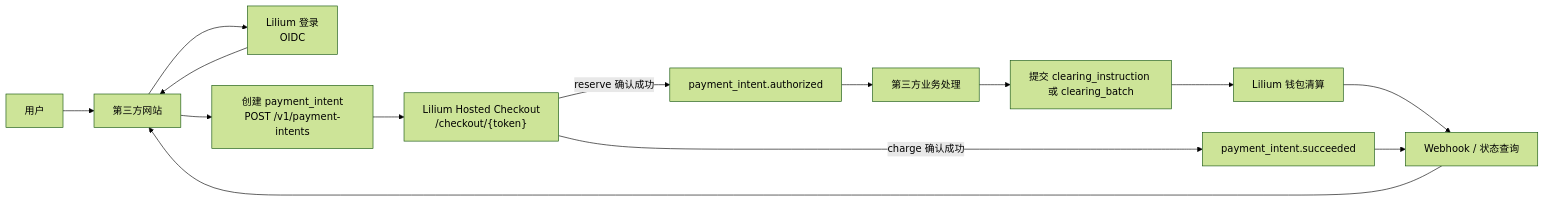
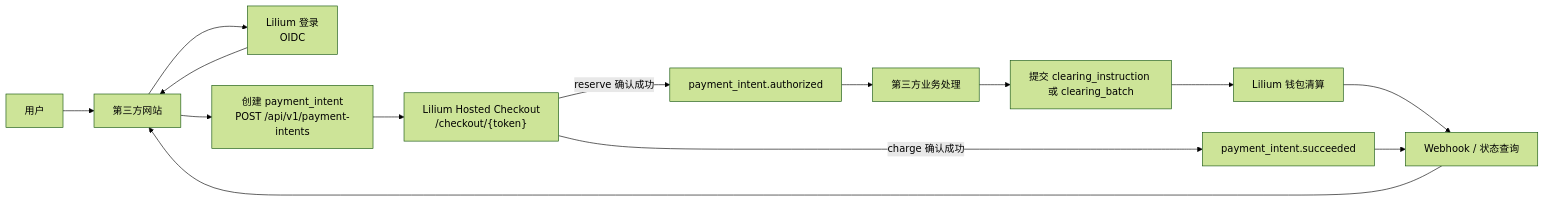
One commit to kuma-dzmm/lilium-payment-docs changed the first of 6 diagrams in docs/2026-04-09-lilium-open-clearing-api-design.md. Above: the diagram before and after it, drawn with Mermaid (forest theme). The commit also changed other lines of this file, not shown here.

````diff
--- a/docs/2026-04-09-lilium-open-clearing-api-design.md
+++ b/docs/2026-04-09-lilium-open-clearing-api-design.md
@@ -1005,16 +992,16 @@
 ```mermaid
 flowchart LR
     U["用户"] --> P["第三方网站"]
     P --> O["Lilium 登录<br/>OIDC"]
     O --> P
-    P --> PI["创建 payment_intent<br/>POST /v1/payment-intents"]
+    P --> PI["创建 payment_intent<br/>POST /api/v1/payment-intents"]
     PI --> C["Lilium Hosted Checkout<br/>/checkout/{token}"]
     C -->|reserve 确认成功| A["payment_intent.authorized"]
     A --> B["第三方业务处理"]
     B --> CI["提交 clearing_instruction 或 clearing_batch"]
     CI --> W["Lilium 钱包清算"]
     C -->|charge 确认成功| S["payment_intent.succeeded"]
     W --> N["Webhook / 状态查询"]
     S --> N
     N --> P
 ```
````
